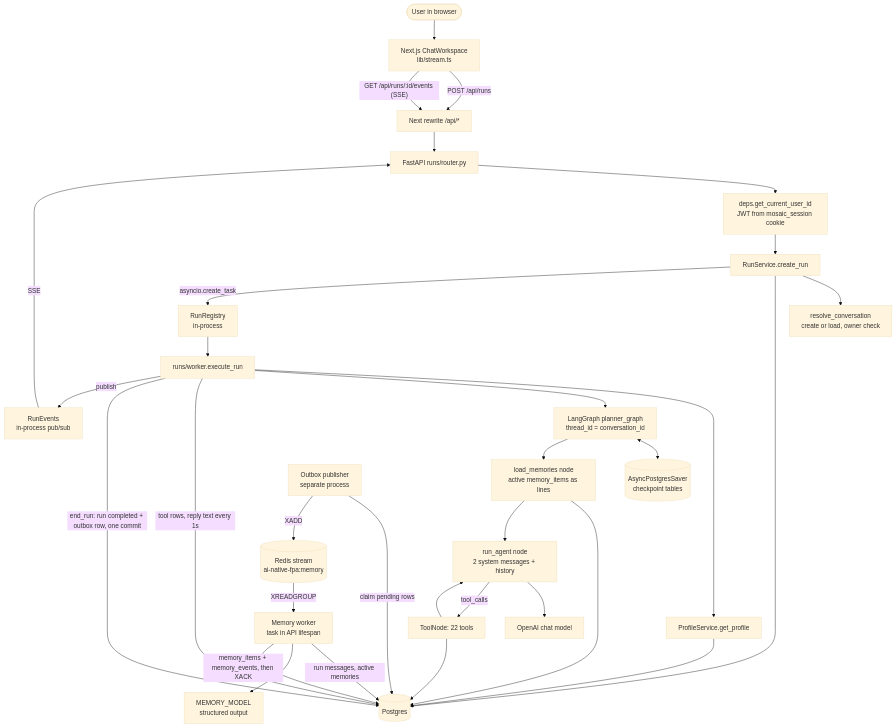
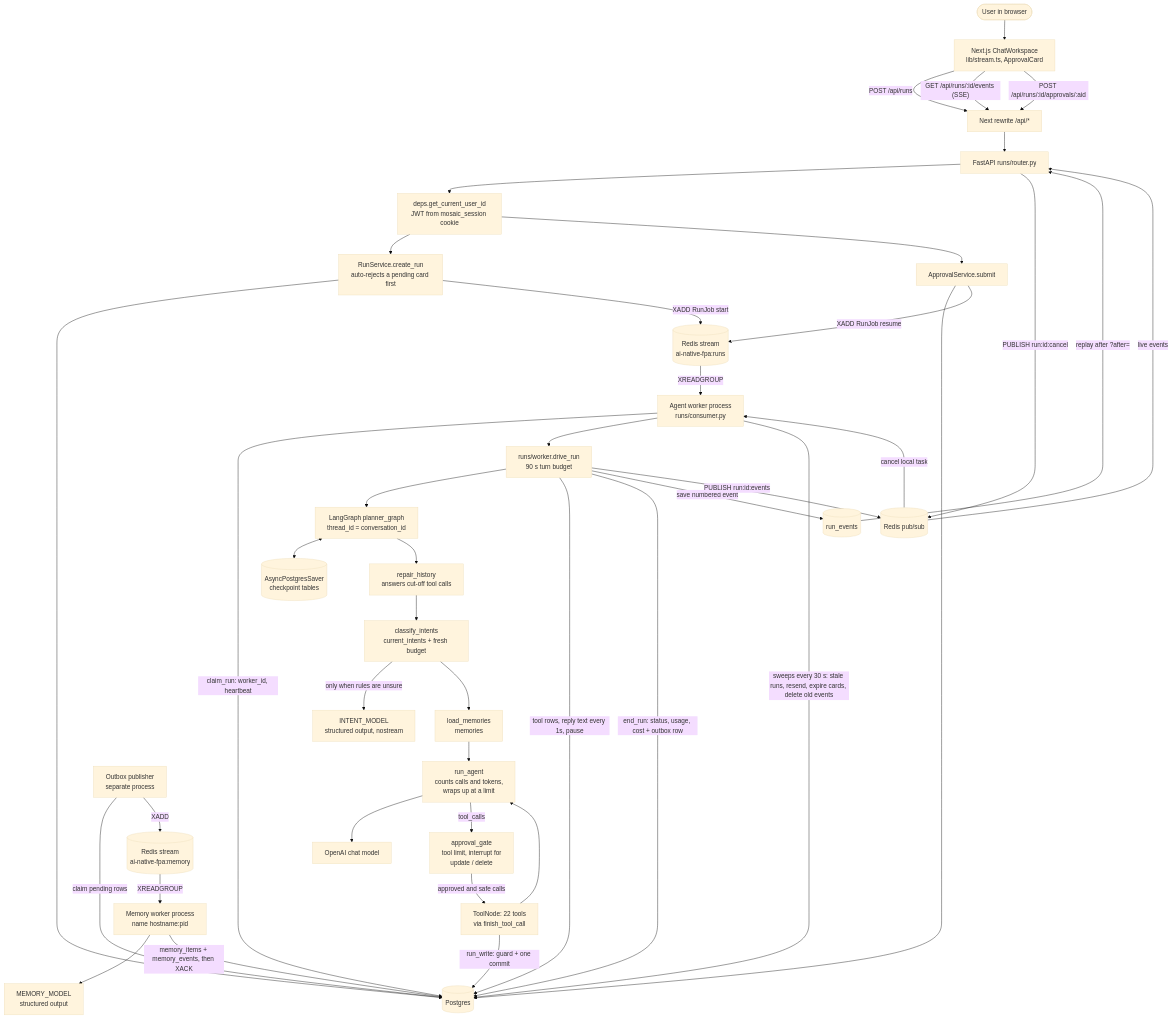
The first of 2 diagrams in docs/PROJECT_CONTEXT.md (jay-isampelliwar/ai-native-fpa), drawn with Mermaid (base theme) before and after one commit. The commit also changed other lines of this file, not shown here.

````diff
--- a/docs/PROJECT_CONTEXT.md
+++ b/docs/PROJECT_CONTEXT.md
@@ -160,38 +250,48 @@
 ```mermaid
 flowchart TD
-    User([User in browser]) --> FE[Next.js ChatWorkspace<br/>lib/stream.ts]
+    User([User in browser]) --> FE[Next.js ChatWorkspace<br/>lib/stream.ts, ApprovalCard]
     FE -- "POST /api/runs" --> Proxy[Next rewrite /api/*]
     FE -- "GET /api/runs/:id/events (SSE)" --> Proxy
+    FE -- "POST /api/runs/:id/approvals/:aid" --> Proxy
     Proxy --> API[FastAPI runs/router.py]
 
     API --> Auth[deps.get_current_user_id<br/>JWT from mosaic_session cookie]
-    Auth --> RunSvc[RunService.create_run]
-    RunSvc --> Conv[resolve_conversation<br/>create or load, owner check]
+    Auth --> RunSvc[RunService.create_run<br/>auto-rejects a pending card first]
+    Auth --> ApprSvc[ApprovalService.submit]
     RunSvc --> DB[(Postgres)]
-    RunSvc -- "asyncio.create_task" --> Registry[RunRegistry<br/>in-process]
-    Registry --> Worker[runs/worker.execute_run]
+    ApprSvc --> DB
+    RunSvc -- "XADD RunJob start" --> RunStream[(Redis stream<br/>ai-native-fpa:runs)]
+    ApprSvc -- "XADD RunJob resume" --> RunStream
+    RunStream -- XREADGROUP --> AgentWorker[Agent worker process<br/>runs/consumer.py]
+    AgentWorker -- "claim_run: worker_id, heartbeat" --> DB
+    AgentWorker --> Worker[runs/worker.drive_run<br/>90 s turn budget]
 
-    Worker --> Profile[ProfileService.get_profile]
-    Profile --> DB
     Worker --> Graph[LangGraph planner_graph<br/>thread_id = conversation_id]
     Graph <--> Ckpt[(AsyncPostgresSaver<br/>checkpoint tables)]
-    Graph --> LoadMem[load_memories node<br/>active memory_items as lines]
-    LoadMem --> DB
-    LoadMem --> Agent[run_agent node<br/>2 system messages + history]
+    Graph --> Repair[repair_history<br/>answers cut-off tool calls]
+    Repair --> Intent[classify_intents<br/>current_intents + fresh budget]
+    Intent -- "only when rules are unsure" --> IntentLLM[INTENT_MODEL<br/>structured output, nostream]
+    Intent --> LoadMem[load_memories<br/>memories]
+    LoadMem --> Agent[run_agent<br/>counts calls and tokens,<br/>wraps up at a limit]
     Agent --> LLM[OpenAI chat model]
-    Agent -- tool_calls --> Tools[ToolNode: 22 tools]
-    Tools --> DB
+    Agent -- tool_calls --> Gate[approval_gate<br/>tool limit, interrupt for<br/>update / delete]
+    Gate -- "approved and safe calls" --> Tools[ToolNode: 22 tools<br/>via finish_tool_call]
+    Tools -- "run_write: guard + one commit" --> DB
     Tools --> Agent
 
-    Worker -- "tool rows, reply text every 1s" --> DB
-    Worker -- "end_run: run completed + outbox row, one commit" --> DB
-    Worker -- publish --> Events[RunEvents<br/>in-process pub/sub]
-    Events -- SSE --> API
+    Worker -- "tool rows, reply text every 1s, pause" --> DB
+    Worker -- "end_run: status, usage, cost + outbox row" --> DB
+    Worker -- "save numbered event" --> RunEvents[(run_events)]
+    Worker -- "PUBLISH run:id:events" --> PubSub[(Redis pub/sub)]
+    RunEvents -- "replay after ?after=" --> API
+    PubSub -- "live events" --> API
+    API -- "PUBLISH run:id:cancel" --> PubSub
+    PubSub -- "cancel local task" --> AgentWorker
 
+    AgentWorker -- "sweeps every 30 s: stale runs, resend, expire cards, delete old events" --> DB
     Publisher[Outbox publisher<br/>separate process] -- "claim pending rows" --> DB
     Publisher -- XADD --> Stream[(Redis stream<br/>ai-native-fpa:memory)]
-    Stream -- XREADGROUP --> MemWorker[Memory worker<br/>task in API lifespan]
-    MemWorker -- "run messages, active memories" --> DB
+    Stream -- XREADGROUP --> MemWorker[Memory worker process<br/>name hostname:pid]
     MemWorker --> MemLLM[MEMORY_MODEL<br/>structured output]
     MemWorker -- "memory_items + memory_events, then XACK" --> DB
 ```
````
